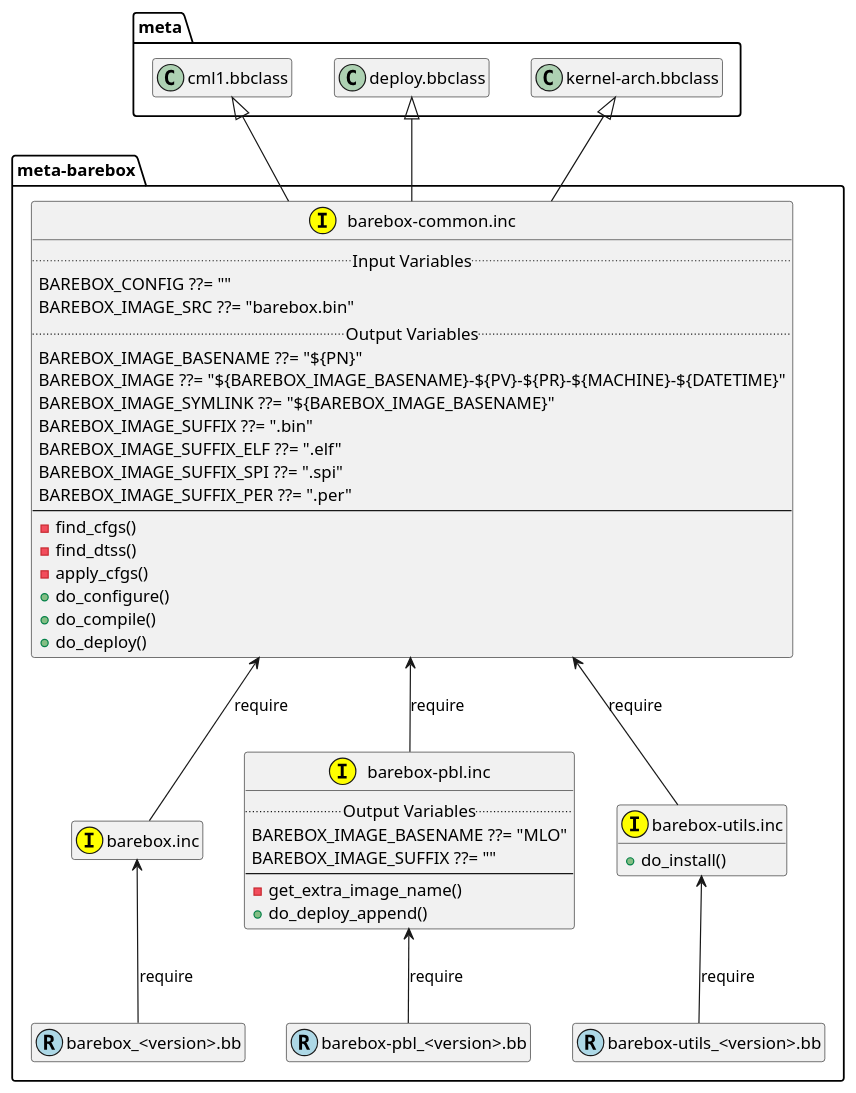
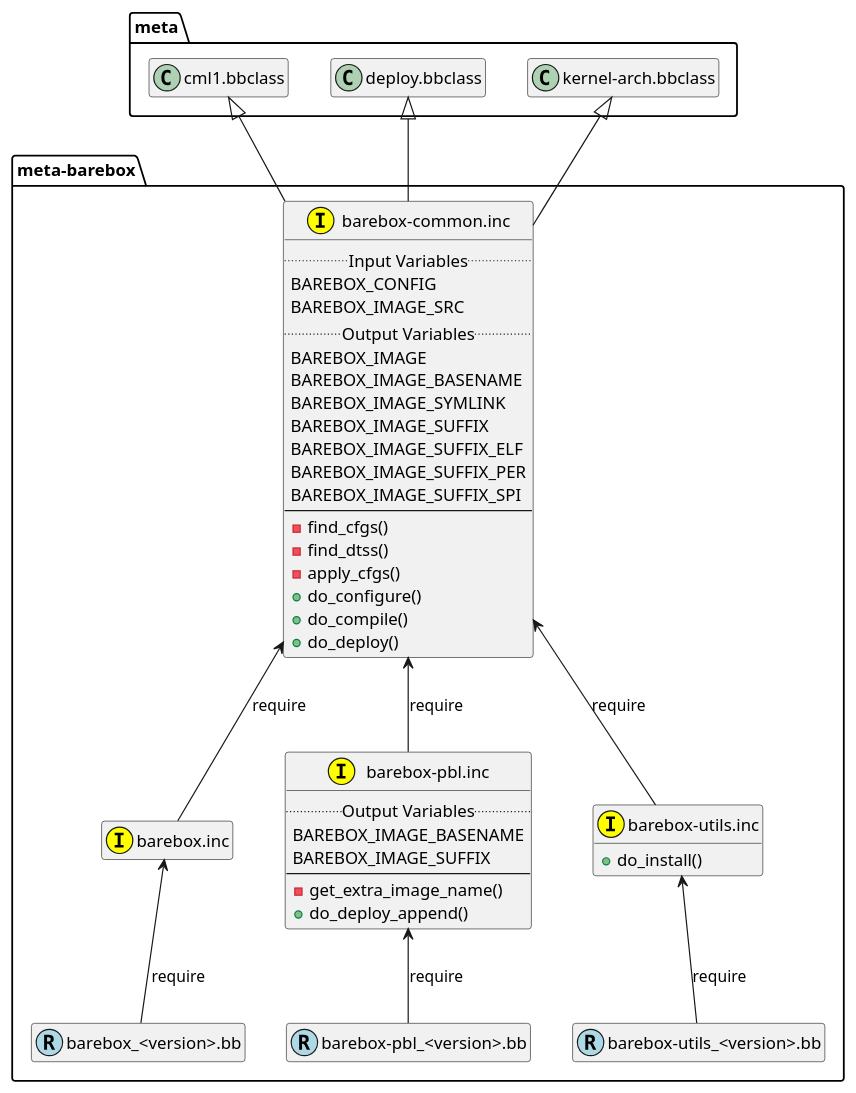
Before and after one commit to menschel-d/meta-barebox: the diagram in doc/barebox_recipes.plantuml, drawn with PlantUML.

Commit message:
Remove attributes' default values from UML diagram
This reduces redundant information from the reference manual which might
otherwise become inconsistent in the future.

```diff
--- a/doc/barebox_recipes.plantuml
+++ b/doc/barebox_recipes.plantuml
@@ -1,73 +1,73 @@
 @startuml
 
 skinparam packageStyle Folder
 
 package "meta" {
 	class Cml1 as "cml1.bbclass"
 	class Deploy as "deploy.bbclass"
 	class KernelArch as "kernel-arch.bbclass"
 }
 
 package "meta-barebox" {
 	class BareboxCommonInc as "barebox-common.inc" << (I, yellow) >> {
 		.. Input Variables ..
-		BAREBOX_CONFIG ??= ""
-		BAREBOX_IMAGE_SRC ??= "barebox.bin"
+		BAREBOX_CONFIG
+		BAREBOX_IMAGE_SRC
 		.. Output Variables ..
-		BAREBOX_IMAGE_BASENAME ??= "${PN}"
-		BAREBOX_IMAGE ??= "${BAREBOX_IMAGE_BASENAME}-${PV}-${PR}-${MACHINE}-${DATETIME}"
-		BAREBOX_IMAGE_SYMLINK ??= "${BAREBOX_IMAGE_BASENAME}"
-		BAREBOX_IMAGE_SUFFIX ??= ".bin"
-		BAREBOX_IMAGE_SUFFIX_ELF ??= ".elf"
-		BAREBOX_IMAGE_SUFFIX_SPI ??= ".spi"
-		BAREBOX_IMAGE_SUFFIX_PER ??= ".per"
+		BAREBOX_IMAGE
+		BAREBOX_IMAGE_BASENAME
+		BAREBOX_IMAGE_SYMLINK
+		BAREBOX_IMAGE_SUFFIX
+		BAREBOX_IMAGE_SUFFIX_ELF
+		BAREBOX_IMAGE_SUFFIX_PER
+		BAREBOX_IMAGE_SUFFIX_SPI
 		--
 		-find_cfgs()
 		-find_dtss()
 		-apply_cfgs()
 		+do_configure()
 		+do_compile()
 		+do_deploy()
 	}
 
 	class BareboxInc as "barebox.inc" << (I, yellow) >> {
 	}
 
 	class BareboxPblInc as "barebox-pbl.inc" << (I, yellow) >> {
 		.. Output Variables ..
-		BAREBOX_IMAGE_BASENAME ??= "MLO"
-		BAREBOX_IMAGE_SUFFIX ??= ""
+		BAREBOX_IMAGE_BASENAME
+		BAREBOX_IMAGE_SUFFIX
 		--
 		-get_extra_image_name()
 		+do_deploy_append()
 	}
 
 	class BareboxUtilsInc as "barebox-utils.inc" << (I, yellow) >> {
 		+do_install()
 	}
 
 	class BareboxBb as "barebox_<version>.bb" << (R, lightblue) >> {
 	}
 
 	class BareboxPblBb as "barebox-pbl_<version>.bb" << (R, lightblue) >> {
 	}
 
 	class BareboxUtilsBb as "barebox-utils_<version>.bb" << (R, lightblue) >> {
 	}
 
 	BareboxCommonInc <-- BareboxInc : require
 	BareboxCommonInc <-- BareboxPblInc : require
 	BareboxCommonInc <-- BareboxUtilsInc : require
 
 	BareboxInc <-- BareboxBb : require
 	BareboxPblInc <-- BareboxPblBb : require
 	BareboxUtilsInc <-- BareboxUtilsBb : require
 }
 
 Cml1 <|-- BareboxCommonInc
 Deploy <|-- BareboxCommonInc
 KernelArch <|-- BareboxCommonInc
 
 hide empty members
 
 @enduml
```
